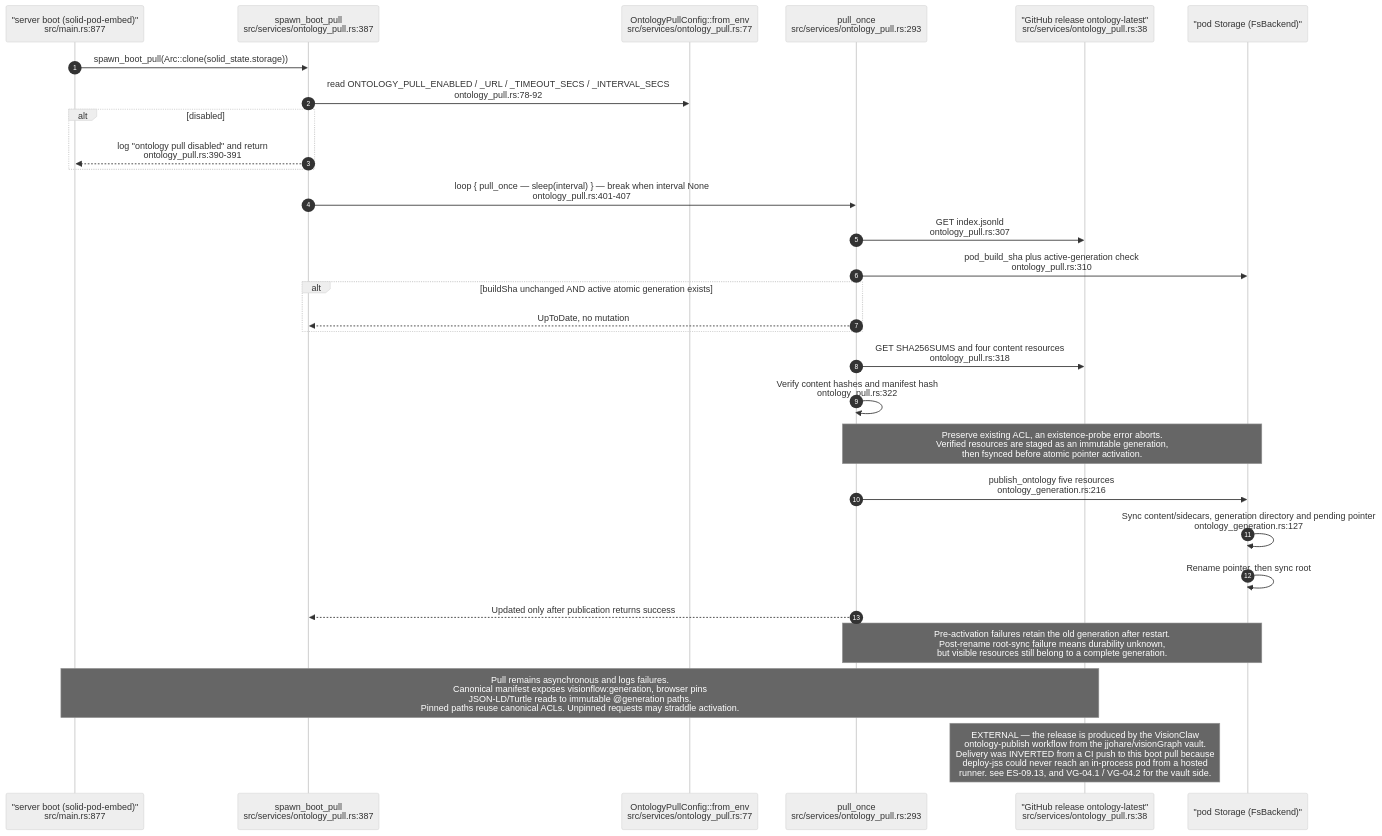
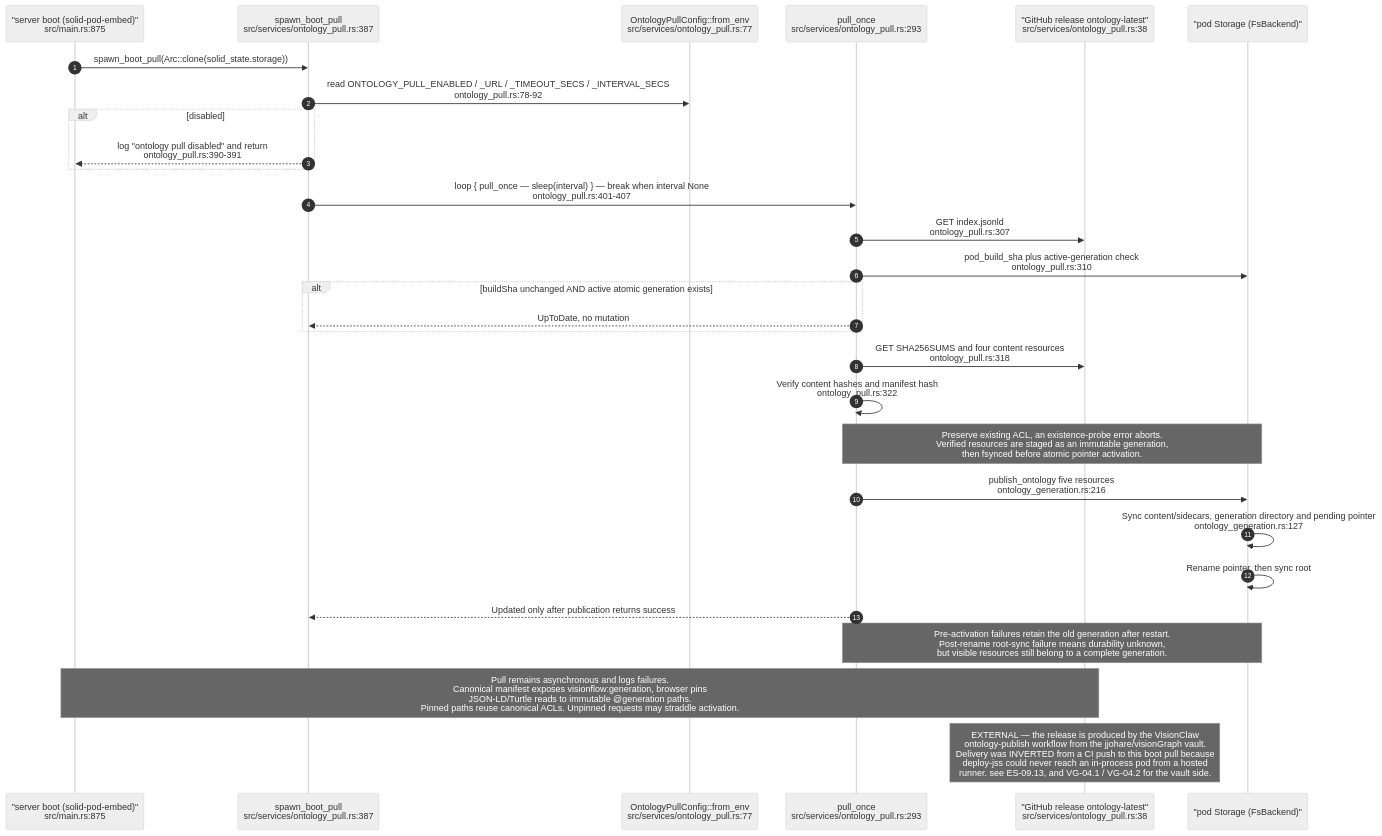
Diagram 11 of 12 in docs/diagrams/estate/08-solid-pod-estate.md (DreamLab-AI/VisionFlow), drawn with Mermaid (neutral theme) before and after one commit. The commit also changed other lines of this file and 12 other files, not shown here.

````diff
--- a/docs/diagrams/estate/08-solid-pod-estate.md
+++ b/docs/diagrams/estate/08-solid-pod-estate.md
@@ -450,32 +454,32 @@
 ```mermaid
 sequenceDiagram
     autonumber
-    participant M as "server boot (solid-pod-embed)"<br/>src/main.rs:877
+    participant M as "server boot (solid-pod-embed)"<br/>src/main.rs:875
     participant SP as spawn_boot_pull<br/>src/services/ontology_pull.rs:387
     participant CFG as OntologyPullConfig::from_env<br/>src/services/ontology_pull.rs:77
     participant P1 as pull_once<br/>src/services/ontology_pull.rs:293
     participant REL as "GitHub release ontology-latest"<br/>src/services/ontology_pull.rs:38
     participant ST as "pod Storage (FsBackend)"
 
     M->>SP: spawn_boot_pull(Arc::clone(solid_state.storage))
     SP->>CFG: read ONTOLOGY_PULL_ENABLED / _URL / _TIMEOUT_SECS / _INTERVAL_SECS<br/>ontology_pull.rs:78-92
     alt disabled
         SP-->>M: log "ontology pull disabled" and return<br/>ontology_pull.rs:390-391
     end
     SP->>P1: loop { pull_once — sleep(interval) } — break when interval None<br/>ontology_pull.rs:401-407
     P1->>REL: GET index.jsonld<br/>ontology_pull.rs:307
     P1->>ST: pod_build_sha plus active-generation check<br/>ontology_pull.rs:310
     alt buildSha unchanged AND active atomic generation exists
         P1-->>SP: UpToDate, no mutation
     end
     P1->>REL: GET SHA256SUMS and four content resources<br/>ontology_pull.rs:318
     P1->>P1: Verify content hashes and manifest hash<br/>ontology_pull.rs:322
     Note over P1,ST: Preserve existing ACL, an existence-probe error aborts.<br/>Verified resources are staged as an immutable generation,<br/>then fsynced before atomic pointer activation.
     P1->>ST: publish_ontology five resources<br/>ontology_generation.rs:216
     ST->>ST: Sync content/sidecars, generation directory and pending pointer<br/>ontology_generation.rs:127
     ST->>ST: Rename pointer, then sync root
     P1-->>SP: Updated only after publication returns success
     Note over P1,ST: Pre-activation failures retain the old generation after restart.<br/>Post-rename root-sync failure means durability unknown,<br/>but visible resources still belong to a complete generation.
     Note over M,REL: Pull remains asynchronous and logs failures.<br/>Canonical manifest exposes visionflow:generation, browser pins<br/>JSON-LD/Turtle reads to immutable @generation paths.<br/>Pinned paths reuse canonical ACLs. Unpinned requests may straddle activation.
     Note over REL: EXTERNAL — the release is produced by the VisionClaw<br/>ontology-publish workflow from the jjohare/visionGraph vault.<br/>Delivery was INVERTED from a CI push to this boot pull because<br/>deploy-jss could never reach an in-process pod from a hosted<br/>runner. see ES-09.13, and VG-04.1 / VG-04.2 for the vault side.
 ```
````
